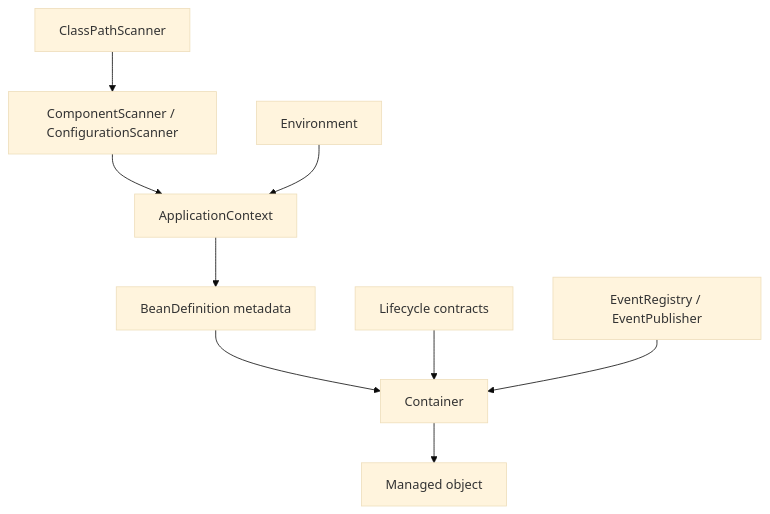
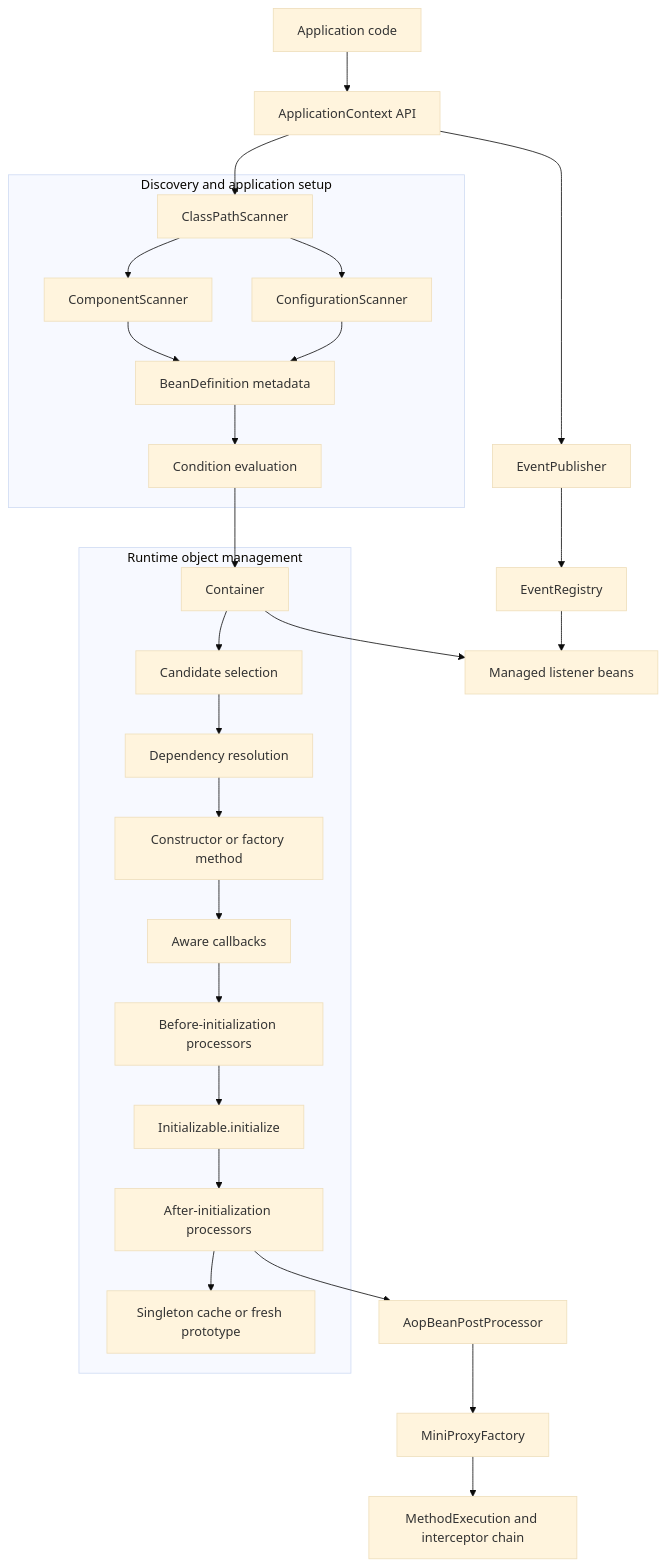
Before and after one commit to meetanuragyadav/mini-spring-container: the first of 9 diagrams in docs/architecture.md, drawn with Mermaid (base theme). The commit also changed other lines of this file and 19 other files, not shown here.

````diff
--- a/docs/architecture.md
+++ b/docs/architecture.md
@@ -7,11 +94,40 @@
 ```mermaid
-flowchart TD
-    A[ClassPathScanner] --> B[ComponentScanner / ConfigurationScanner]
-    B --> C[ApplicationContext]
-    E[Environment] --> C
-    C --> D[BeanDefinition metadata]
-    D --> F[Container]
-    F --> G[Managed object]
-    H[Lifecycle contracts] --> F
-    I[EventRegistry / EventPublisher] --> F
+flowchart TB
+    APP[Application code] --> API[ApplicationContext API]
+
+    subgraph BOOT["Discovery and application setup"]
+        SCAN[ClassPathScanner]
+        CS[ComponentScanner]
+        CFG[ConfigurationScanner]
+        COND[Condition evaluation]
+        META[BeanDefinition metadata]
+        SCAN --> CS
+        SCAN --> CFG
+        CS --> META
+        CFG --> META
+        META --> COND
+    end
+
+    API --> SCAN
+    COND --> CONT[Container]
+
+    subgraph RUNTIME["Runtime object management"]
+        CONT --> SELECT[Candidate selection]
+        SELECT --> DEP[Dependency resolution]
+        DEP --> CREATE[Constructor or factory method]
+        CREATE --> AWARE[Aware callbacks]
+        AWARE --> BEFORE[Before-initialization processors]
+        BEFORE --> INIT[Initializable.initialize]
+        INIT --> AFTER[After-initialization processors]
+        AFTER --> CACHE[Singleton cache or fresh prototype]
+    end
+
+    AFTER --> AOP[AopBeanPostProcessor]
+    AOP --> PROXY[MiniProxyFactory]
+    PROXY --> CHAIN[MethodExecution and interceptor chain]
+
+    API --> EVENTS[EventPublisher]
+    EVENTS --> REG[EventRegistry]
+    REG --> LISTENER[Managed listener beans]
+    CONT --> LISTENER
 ```
````
